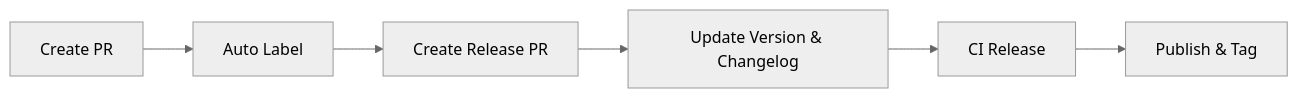
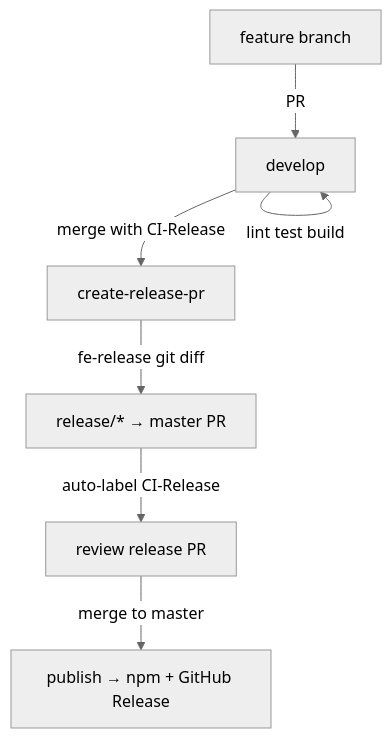
One commit to qlover/fe-base changed the diagram in packages/fe-release/README_EN.md. Above: the diagram before and after it, drawn with Mermaid (neutral theme). The commit also changed other lines of this file and 97 other files, not shown here.

First line of the commit message:
refactor(fe-release): consolidate release pipeline and fix dependency-release changelog handling (#636)

````diff
--- a/packages/fe-release/README_EN.md
+++ b/packages/fe-release/README_EN.md
@@ -210,8 +221,9 @@
 ```mermaid
-graph LR
-    A[Create PR] --> B[Auto Label]
-    B --> C[Create Release PR]
-    C --> D[Update Version & Changelog]
-    D --> E[CI Release]
-    E --> F[Publish & Tag]
+graph TD
+    A[feature branch] -->|PR| B[develop]
+    B -->|lint test build| B
+    B -->|merge with CI-Release| C[create-release-pr]
+    C -->|fe-release git diff| D[release/* → master PR]
+    D -->|auto-label CI-Release| E[review release PR]
+    E -->|merge to master| F[publish → npm + GitHub Release]
 ```
````
